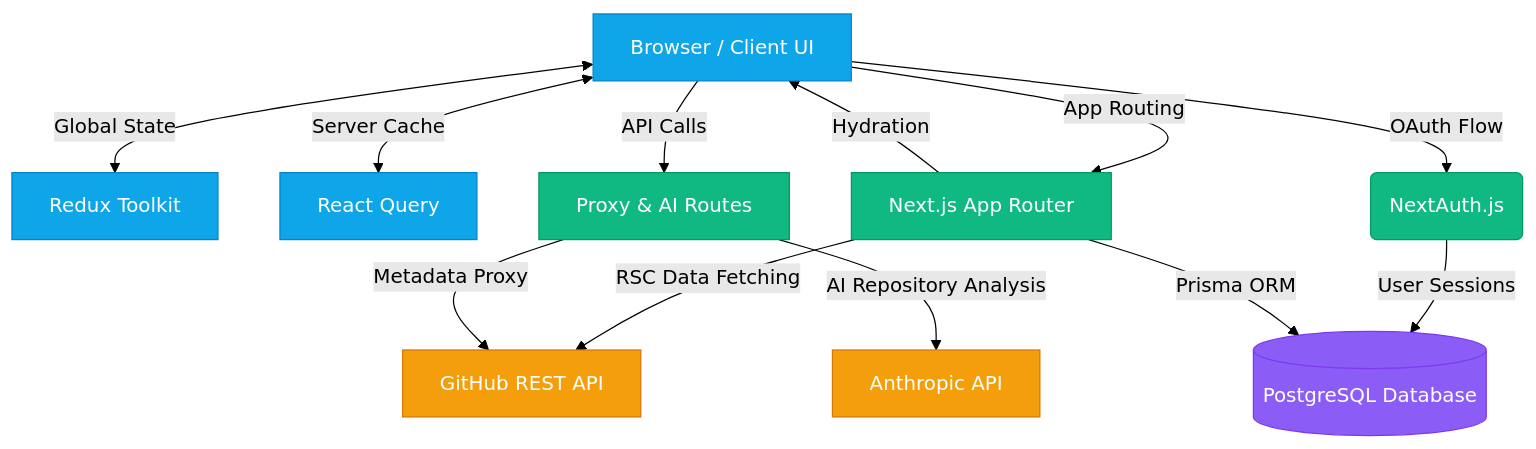
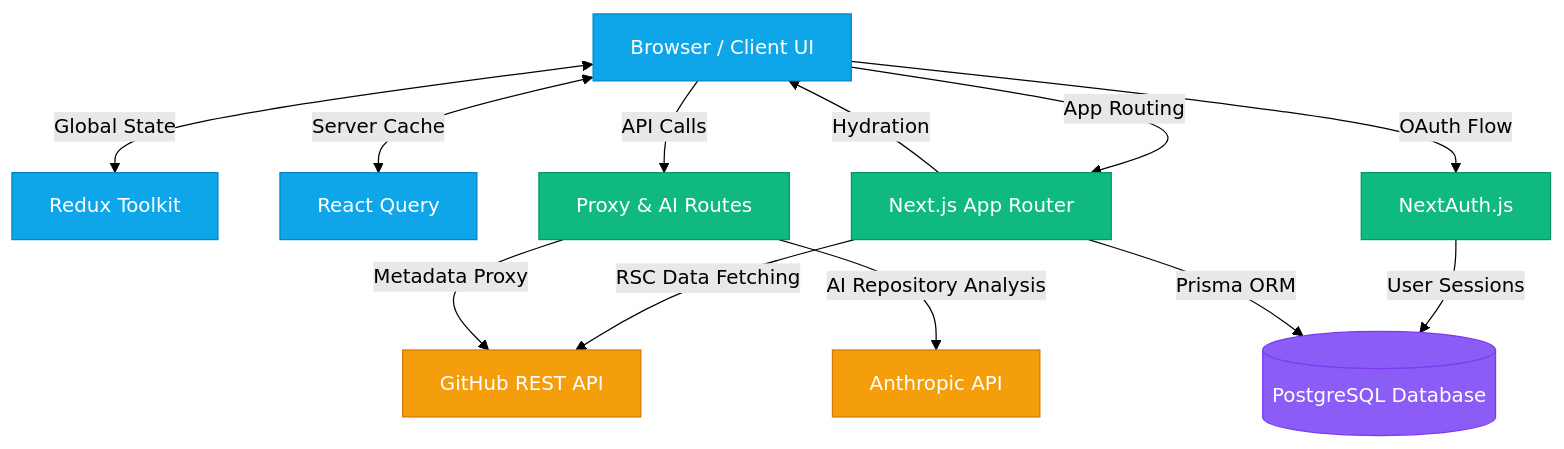
The diagram in README.md (AshishLekhyani/GitScope), drawn with Mermaid (forest theme) before and after one commit.

Commit message:
fix:github mermaid diagram fix

````diff
--- a/README.md
+++ b/README.md
@@ -94,40 +94,37 @@
 ```mermaid
 graph TD
-    %% Styling
     classDef client fill:#0ea5e9,color:#fff,stroke:#0284c7
     classDef server fill:#10b981,color:#fff,stroke:#059669
     classDef external fill:#f59e0b,color:#fff,stroke:#d97706
     classDef data fill:#8b5cf6,color:#fff,stroke:#7c3aed
 
-    %% Nodes
-    CLIENT[Browser / Client UI]:::client
-    RTK[Redux Toolkit]:::client
-    RQ[React Query]:::client
+    CLIENT["Browser / Client UI"]:::client
+    RTK["Redux Toolkit"]:::client
+    RQ["React Query"]:::client
     
-    APP[Next.js App Router]:::server
-    API[Proxy & AI Routes]:::server
-    AUTH(NextAuth.js):::server
+    APP["Next.js App Router"]:::server
+    API["Proxy & AI Routes"]:::server
+    AUTH["NextAuth.js"]:::server
     
-    GH[GitHub REST API]:::external
-    AI[Anthropic API]:::external
+    GH["GitHub REST API"]:::external
+    AI["Anthropic API"]:::external
     
     DB[(PostgreSQL Database)]:::data
 
-    %% Edges
     CLIENT <-->|Global State| RTK
     CLIENT <-->|Server Cache| RQ
     
     CLIENT -->|App Routing| APP
     CLIENT -->|API Calls| API
     CLIENT -->|OAuth Flow| AUTH
     
     AUTH -->|User Sessions| DB
     
     APP -->|RSC Data Fetching| GH
     APP -->|Prisma ORM| DB
     
     API -->|Metadata Proxy| GH
     API -->|AI Repository Analysis| AI
     
     APP -->|Hydration| CLIENT
 ```
````
